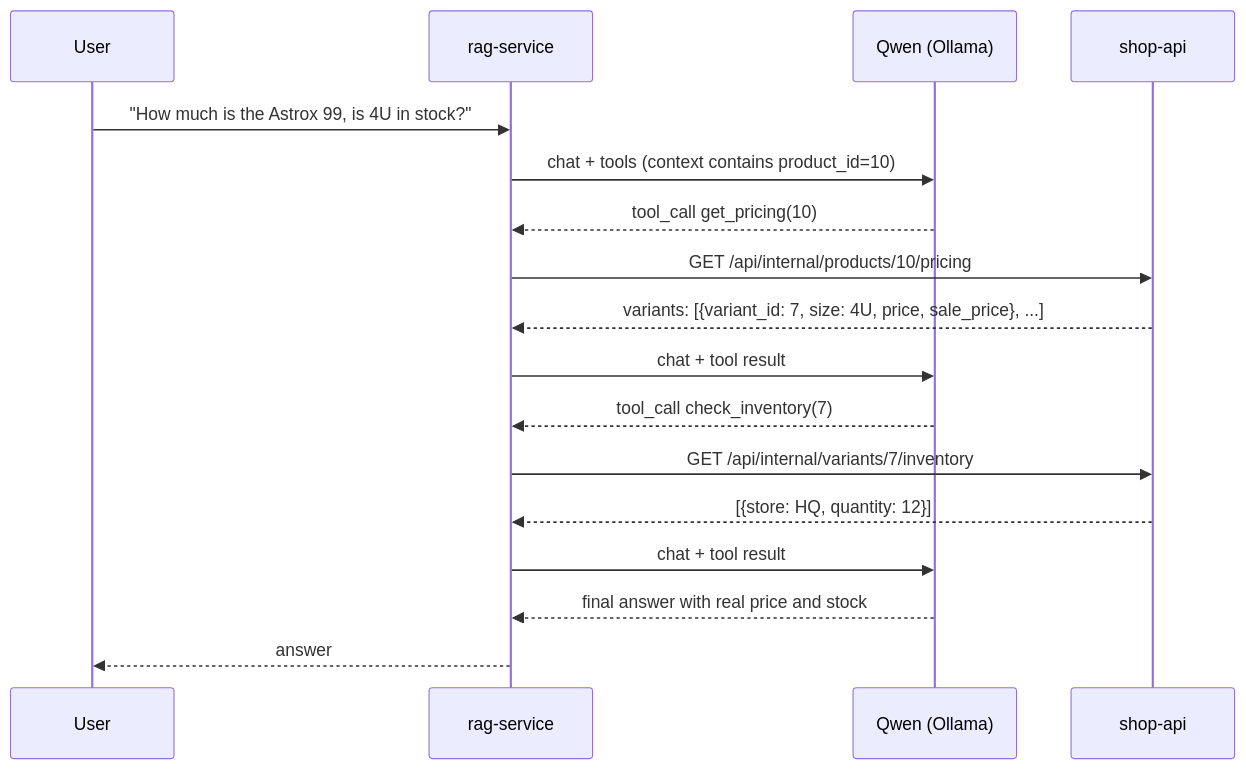
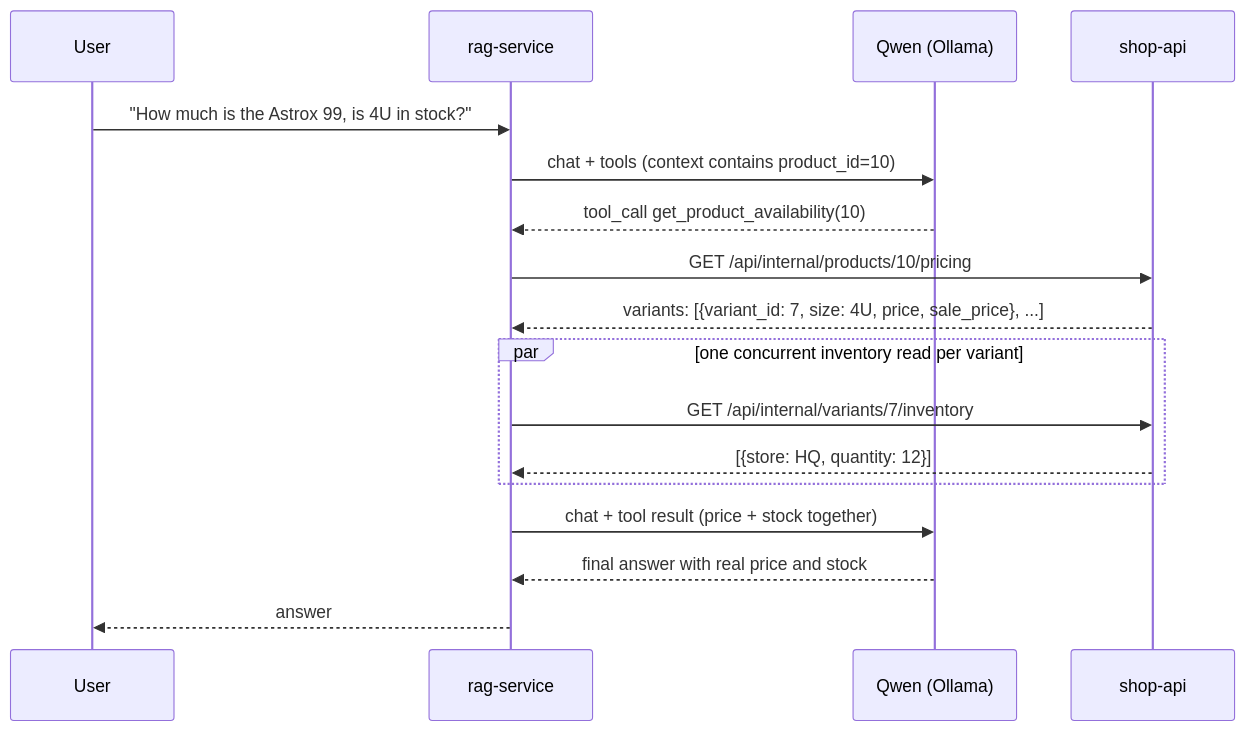
Before and after one commit to good-min-ton/goodminton-rag-service: the fourth of 8 diagrams in README.md, drawn with Mermaid. The commit also changed other lines of this file and 9 other files, not shown here.

````diff
--- a/README.md
+++ b/README.md
@@ -147,20 +146,20 @@
 ```mermaid
 sequenceDiagram
     participant U as User
     participant RAG as rag-service
     participant OL as Qwen (Ollama)
     participant SP as shop-api
 
     U->>RAG: "How much is the Astrox 99, is 4U in stock?"
     RAG->>OL: chat + tools (context contains product_id=10)
-    OL-->>RAG: tool_call get_pricing(10)
+    OL-->>RAG: tool_call get_product_availability(10)
     RAG->>SP: GET /api/internal/products/10/pricing
     SP-->>RAG: variants: [{variant_id: 7, size: 4U, price, sale_price}, ...]
-    RAG->>OL: chat + tool result
-    OL-->>RAG: tool_call check_inventory(7)
-    RAG->>SP: GET /api/internal/variants/7/inventory
-    SP-->>RAG: [{store: HQ, quantity: 12}]
-    RAG->>OL: chat + tool result
+    par one concurrent inventory read per variant
+        RAG->>SP: GET /api/internal/variants/7/inventory
+        SP-->>RAG: [{store: HQ, quantity: 12}]
+    end
+    RAG->>OL: chat + tool result (price + stock together)
     OL-->>RAG: final answer with real price and stock
     RAG-->>U: answer
 ```
````
